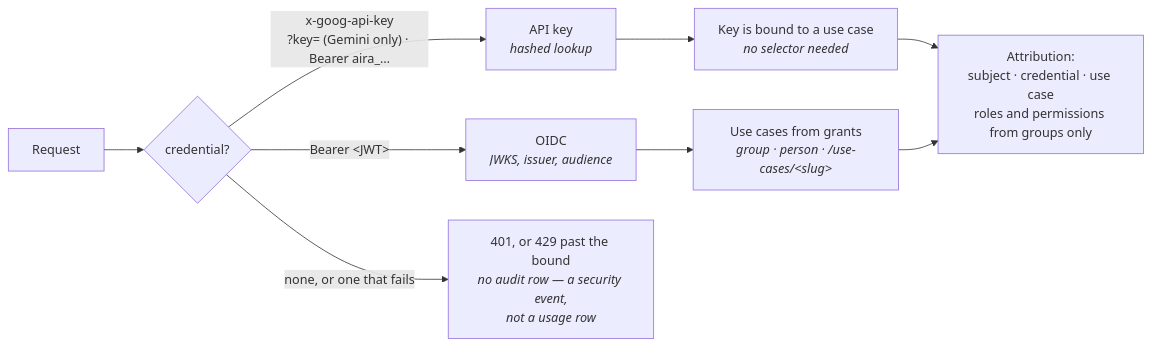
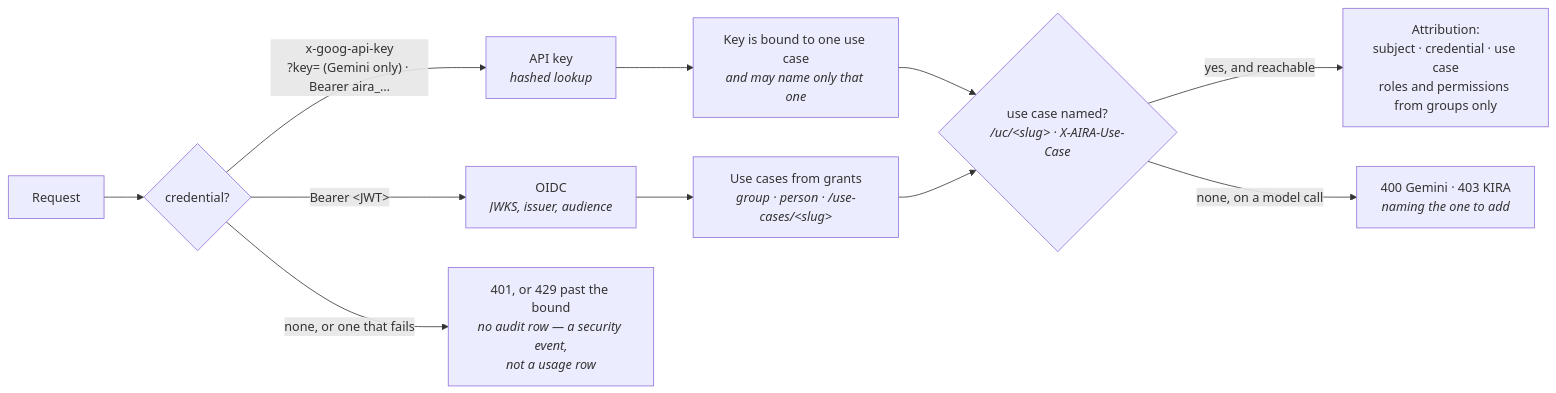
One commit to InigoImago/AIRA-Gateway changed the second of 6 diagrams in docs/REQUEST-LIFECYCLE.md. Above: the diagram before and after it, drawn with Mermaid. The commit also changed other lines of this file and 98 other files, not shown here.

````diff
--- a/docs/REQUEST-LIFECYCLE.md
+++ b/docs/REQUEST-LIFECYCLE.md
@@ -96,13 +96,15 @@
 ```mermaid
 graph LR
     req["Request"] --> which{"credential?"}
     which -->|"x-goog-api-key<br/>?key= (Gemini only) · Bearer aira_…"| key["API key<br/><i>hashed lookup</i>"]
     which -->|"Bearer &lt;JWT&gt;"| oidc["OIDC<br/><i>JWKS, issuer, audience</i>"]
     which -->|"none, or one that fails"| anon["401, or 429 past the bound<br/><i>no audit row — a security event,<br/>not a usage row</i>"]
 
-    key --> bound["Key is bound to a use case<br/><i>no selector needed</i>"]
+    key --> bound["Key is bound to one use case<br/><i>and may name only that one</i>"]
     oidc --> groups["Use cases from grants<br/><i>group · person · /use-cases/&lt;slug&gt;</i>"]
 
-    bound --> attr["Attribution:<br/>subject · credential · use case<br/>roles and permissions from groups only"]
-    groups --> attr
+    bound --> named{"use case named?<br/><i>/uc/&lt;slug&gt; · X-AIRA-Use-Case</i>"}
+    groups --> named
+    named -->|"yes, and reachable"| attr["Attribution:<br/>subject · credential · use case<br/>roles and permissions from groups only"]
+    named -->|"none, on a model call"| none["400 Gemini · 403 KIRA<br/><i>naming the one to add</i>"]
 ```
````
